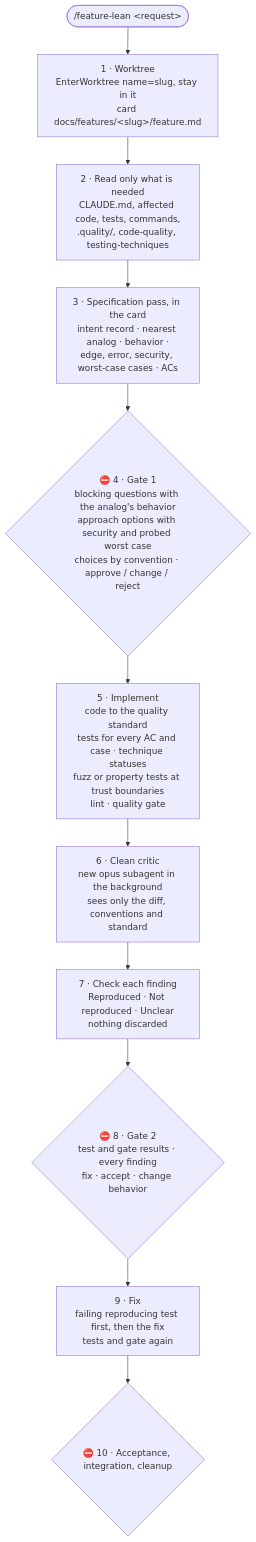
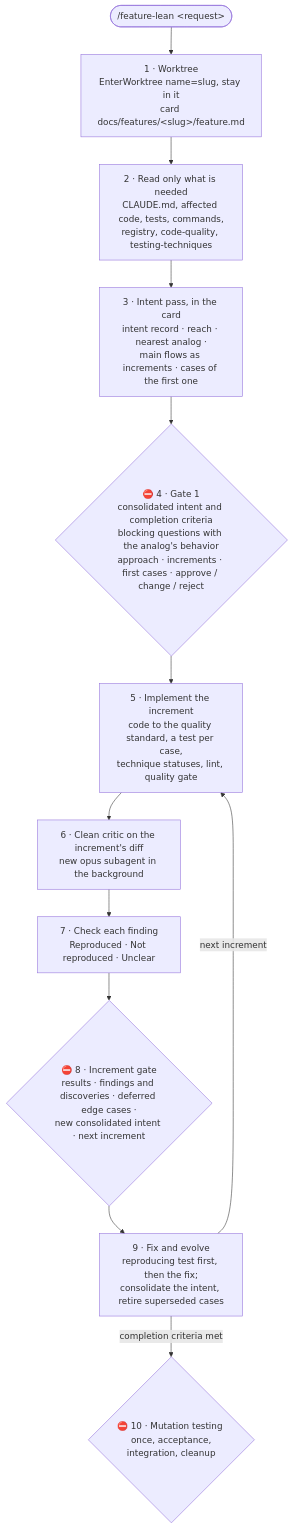
The diagram in docs/lean.md (mariopedemonte12/claude-feature-workflow), drawn with Mermaid before and after one commit. The commit also changed other lines of this file and 9 other files, not shown here.

````diff
--- a/docs/lean.md
+++ b/docs/lean.md
@@ -24,13 +24,14 @@
 ```mermaid
 flowchart TB
     R(["/feature-lean &lt;request&gt;"]) --> W["1 · Worktree<br/>EnterWorktree name=slug, stay in it<br/>card docs/features/&lt;slug&gt;/feature.md"]
-    W --> RD["2 · Read only what is needed<br/>CLAUDE.md, affected code, tests, commands,<br/>.quality/, code-quality, testing-techniques"]
-    RD --> SP["3 · Specification pass, in the card<br/>intent record · nearest analog · behavior ·<br/>edge, error, security, worst-case cases · ACs"]
-    SP --> G1{"⛔ 4 · Gate 1<br/>blocking questions with the analog's behavior<br/>approach options with security and probed worst case<br/>choices by convention · approve / change / reject"}
-    G1 --> IM["5 · Implement<br/>code to the quality standard<br/>tests for every AC and case · technique statuses<br/>fuzz or property tests at trust boundaries<br/>lint · quality gate"]
-    IM --> CR["6 · Clean critic<br/>new opus subagent in the background<br/>sees only the diff, conventions and standard"]
-    CR --> CK["7 · Check each finding<br/>Reproduced · Not reproduced · Unclear<br/>nothing discarded"]
-    CK --> G2{"⛔ 8 · Gate 2<br/>test and gate results · every finding<br/>fix · accept · change behavior"}
-    G2 --> FX["9 · Fix<br/>failing reproducing test first, then the fix<br/>tests and gate again"]
-    FX --> G3{"⛔ 10 · Acceptance, integration, cleanup"}
+    W --> RD["2 · Read only what is needed<br/>CLAUDE.md, affected code, tests, commands,<br/>registry, code-quality, testing-techniques"]
+    RD --> SP["3 · Intent pass, in the card<br/>intent record · reach · nearest analog ·<br/>main flows as increments · cases of the first one"]
+    SP --> G1{"⛔ 4 · Gate 1<br/>consolidated intent and completion criteria<br/>blocking questions with the analog's behavior<br/>approach · increments · first cases · approve / change / reject"}
+    G1 --> IM["5 · Implement the increment<br/>code to the quality standard, a test per case,<br/>technique statuses, lint, quality gate"]
+    IM --> CR["6 · Clean critic on the increment's diff<br/>new opus subagent in the background"]
+    CR --> CK["7 · Check each finding<br/>Reproduced · Not reproduced · Unclear"]
+    CK --> G2{"⛔ 8 · Increment gate<br/>results · findings and discoveries · deferred edge cases ·<br/>new consolidated intent · next increment"}
+    G2 --> FX["9 · Fix and evolve<br/>reproducing test first, then the fix;<br/>consolidate the intent, retire superseded cases"]
+    FX -->|"next increment"| IM
+    FX -->|"completion criteria met"| G3{"⛔ 10 · Mutation testing once, acceptance,<br/>integration, cleanup"}
 ```
````
